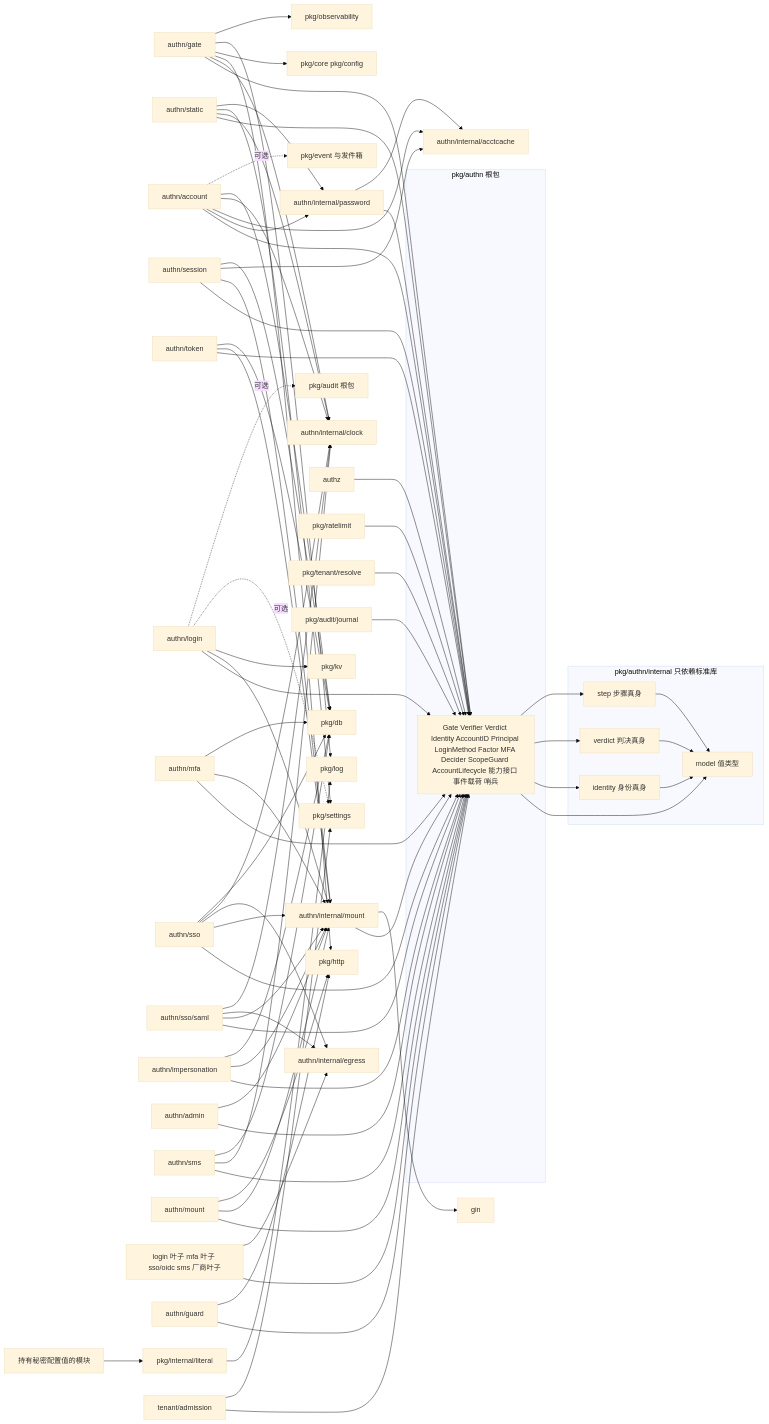
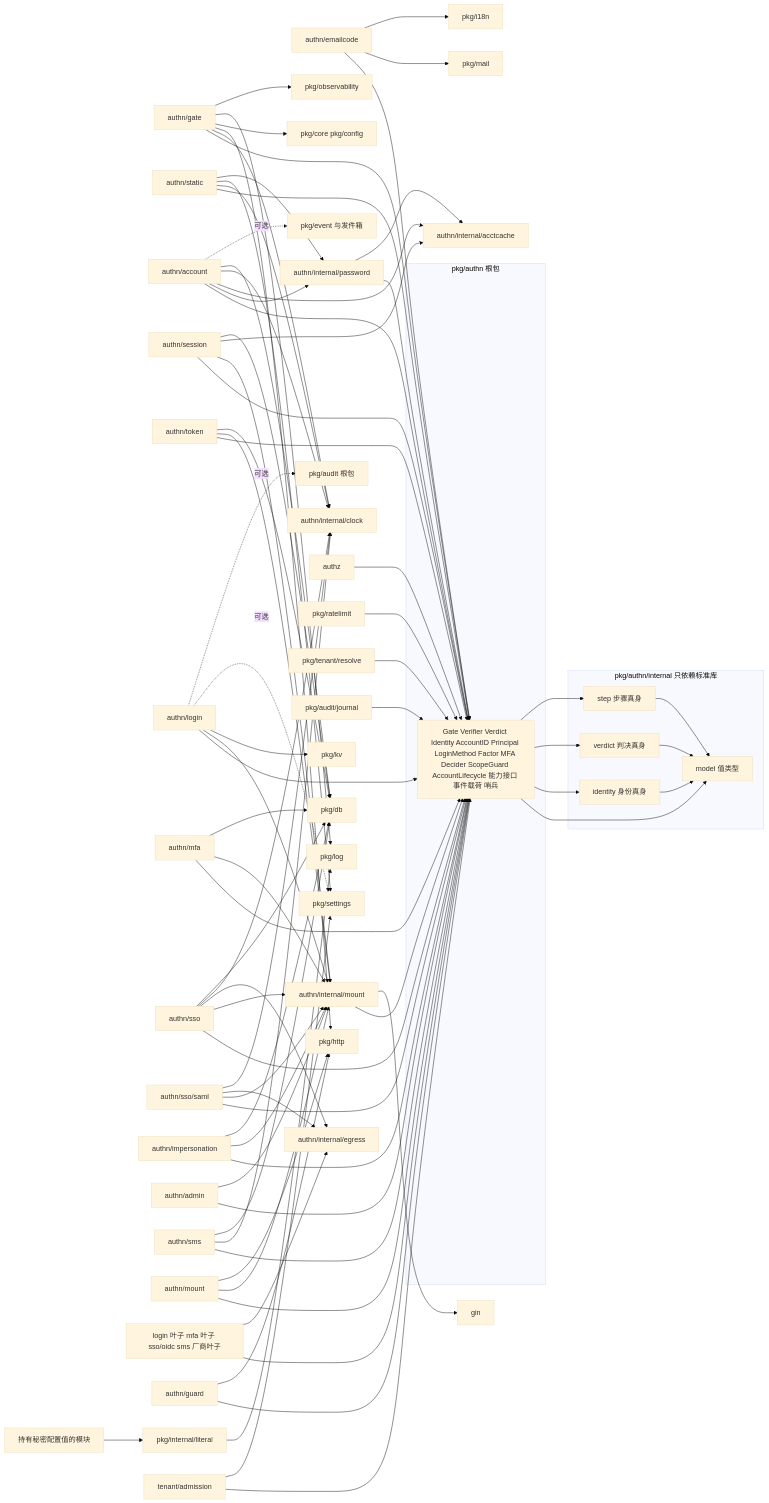
One commit to wangzw/speed changed the second of 3 diagrams in docs/design/modules/authn/design-authn.md. Above: the diagram before and after it, drawn with Mermaid (base theme). The commit also changed other lines of this file and 30 other files, not shown here.

```diff
--- a/docs/design/modules/authn/design-authn.md
+++ b/docs/design/modules/authn/design-authn.md
@@ -429,6 +436,9 @@
     mountmod[authn/mount] --> R
     leaf[login 叶子 mfa 叶子 sso/oidc sms 厂商叶子] --> R
     guard[authn/guard] --> R
+    emailcode[authn/emailcode] --> R
+    emailcode --> mailc[pkg/mail]
+    emailcode --> i18n[pkg/i18n]
     pwd[authn/internal/password] --> R
     mount[authn/internal/mount]
     egress[authn/internal/egress]
```
